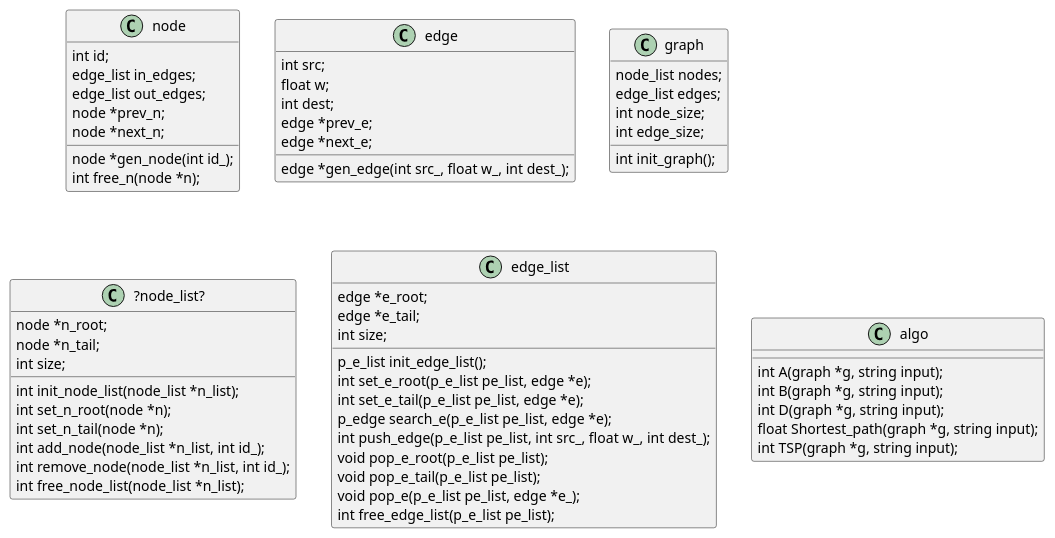
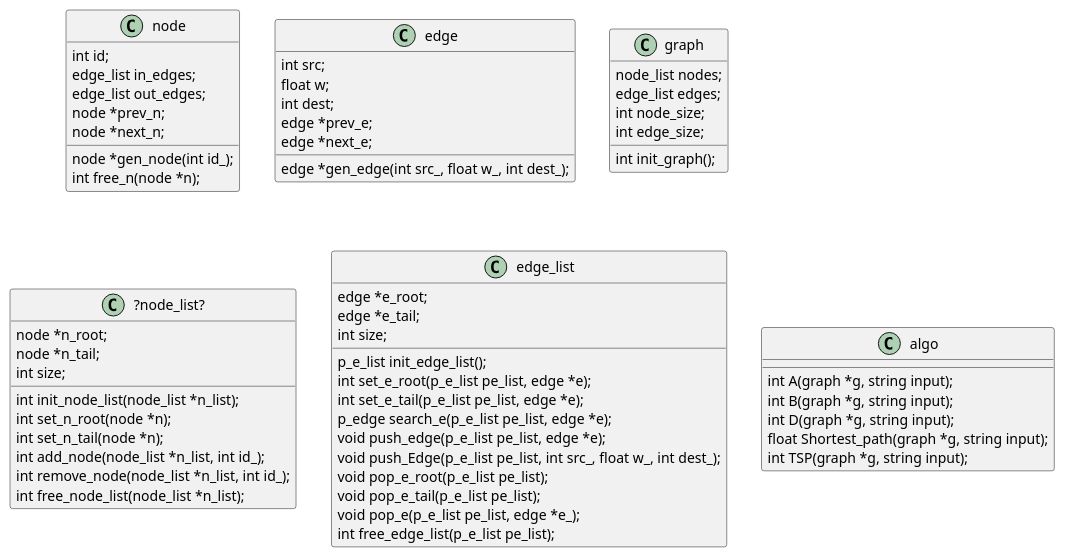
The diagram in Ex4_UML.puml (RF555/SofSys_Ex4), drawn with PlantUML before and after one commit. The commit also changed 2 other files, not shown here.

```diff
--- a/Ex4_UML.puml
+++ b/Ex4_UML.puml
@@ -1,76 +1,77 @@
 @startuml
 
 'graph -> edge_list
 'graph -> node_list
 'node_list --> node
 'edge_list --> edge
 'algo --> graph
 
 
 class node{
 int id;
 edge_list in_edges;
 edge_list out_edges;
 node *prev_n;
 node *next_n;
 node *gen_node(int id_);
 int free_n(node *n);
 }
 
 class edge{
 int src;
 float w;
 int dest;
 edge *prev_e;
 edge *next_e;
 edge *gen_edge(int src_, float w_, int dest_);
 }
 
 class graph{
 node_list nodes;
 edge_list edges;
 int node_size;
 int edge_size;
 int init_graph();
 'void add_node(graph *g, int id);
 'void remove_node(graph *g, int id);
 'void add_edge(graph *g, int src, float w, int dest);
 'void add_Edge(graph *g, edge e);
 'void remove_edge(graph *g, int src, int dest);
 }
 
 class ?node_list?{
 node *n_root;
 node *n_tail;
 int size;
 int init_node_list(node_list *n_list);
 int set_n_root(node *n);
 int set_n_tail(node *n);
 int add_node(node_list *n_list, int id_);
 int remove_node(node_list *n_list, int id_);
 int free_node_list(node_list *n_list);
 }
 class edge_list{
 edge *e_root;
 edge *e_tail;
 int size;
 p_e_list init_edge_list();
 int set_e_root(p_e_list pe_list, edge *e);
 int set_e_tail(p_e_list pe_list, edge *e);
 p_edge search_e(p_e_list pe_list, edge *e);
-int push_edge(p_e_list pe_list, int src_, float w_, int dest_);
+void push_edge(p_e_list pe_list, edge *e);
+void push_Edge(p_e_list pe_list, int src_, float w_, int dest_);
 void pop_e_root(p_e_list pe_list);
 void pop_e_tail(p_e_list pe_list);
 void pop_e(p_e_list pe_list, edge *e_);
 int free_edge_list(p_e_list pe_list);
 }
 
 class algo{
 int A(graph *g, string input);
 int B(graph *g, string input);
 int D(graph *g, string input);
 float Shortest_path(graph *g, string input);
 int TSP(graph *g, string input);
 }
 
 @enduml
```
